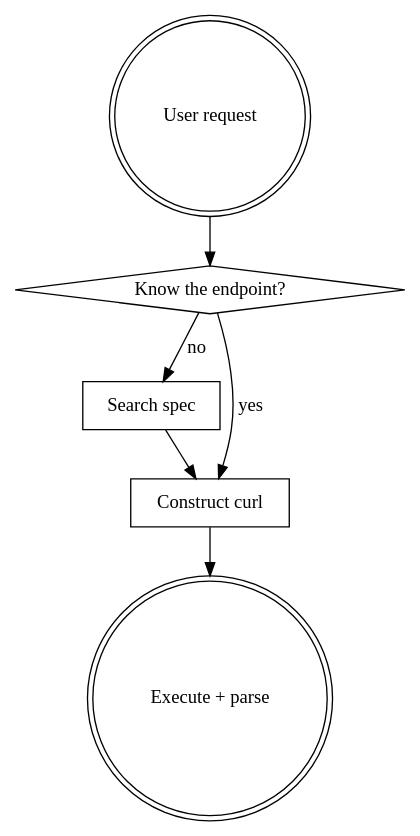
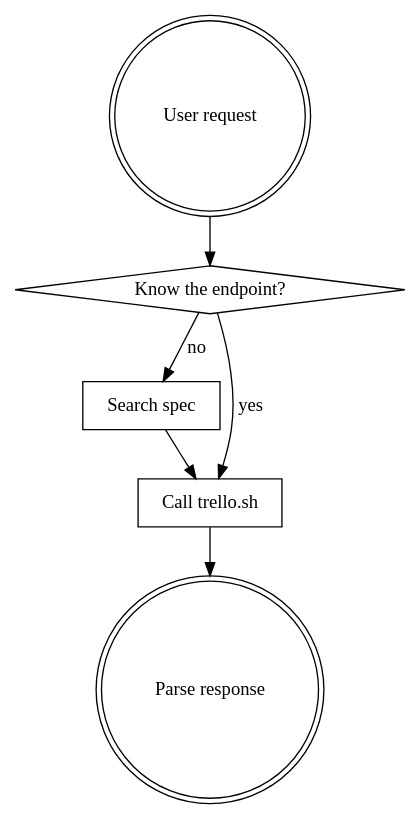
The diagram in skills/trello-api/SKILL.md (DarkbyteAT/trello-api-skill), drawn with Graphviz before and after one commit. The commit also changed other lines of this file and 7 other files, not shown here.

````diff
--- a/skills/trello-api/SKILL.md
+++ b/skills/trello-api/SKILL.md
@@ -30,15 +26,15 @@
 ```dot
 digraph trello_workflow {
     "User request" [shape=doublecircle];
     "Know the endpoint?" [shape=diamond];
     "Search spec" [shape=box];
-    "Construct curl" [shape=box];
-    "Execute + parse" [shape=doublecircle];
+    "Call trello.sh" [shape=box];
+    "Parse response" [shape=doublecircle];
 
     "User request" -> "Know the endpoint?";
-    "Know the endpoint?" -> "Construct curl" [label="yes"];
+    "Know the endpoint?" -> "Call trello.sh" [label="yes"];
     "Know the endpoint?" -> "Search spec" [label="no"];
-    "Search spec" -> "Construct curl";
-    "Construct curl" -> "Execute + parse";
+    "Search spec" -> "Call trello.sh";
+    "Call trello.sh" -> "Parse response";
 }
 ```
````
